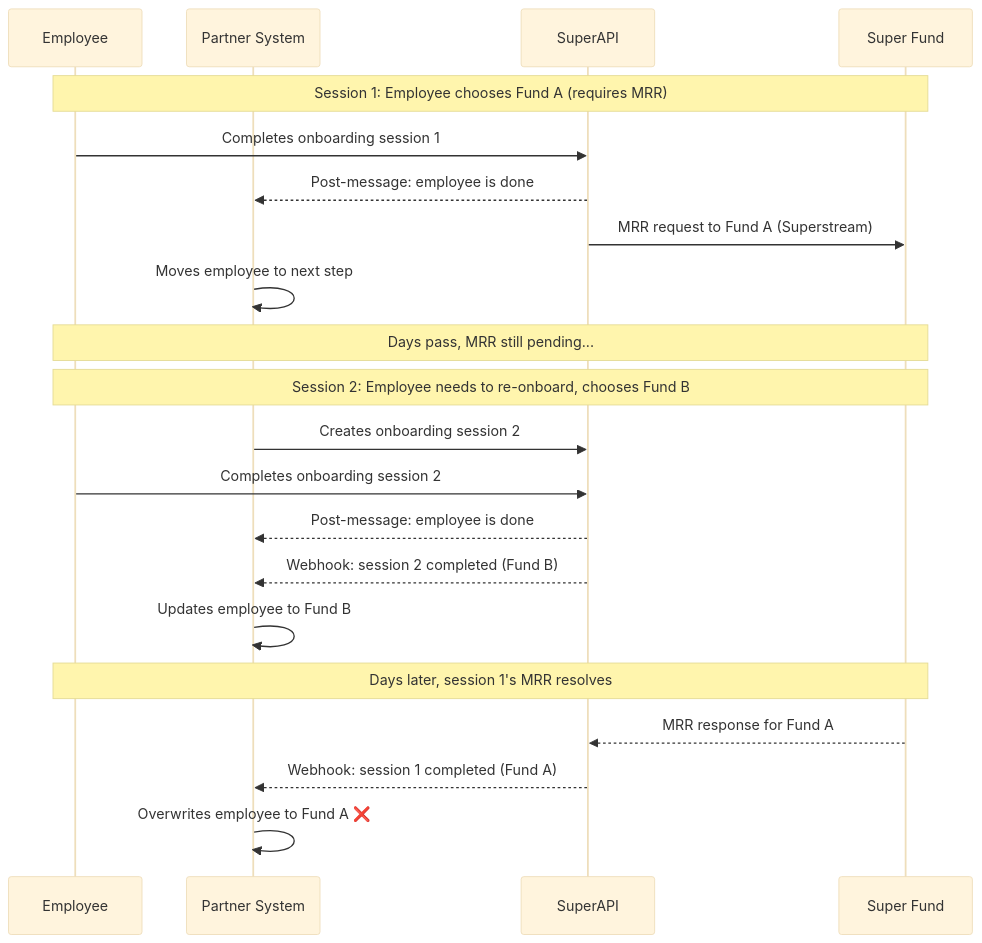
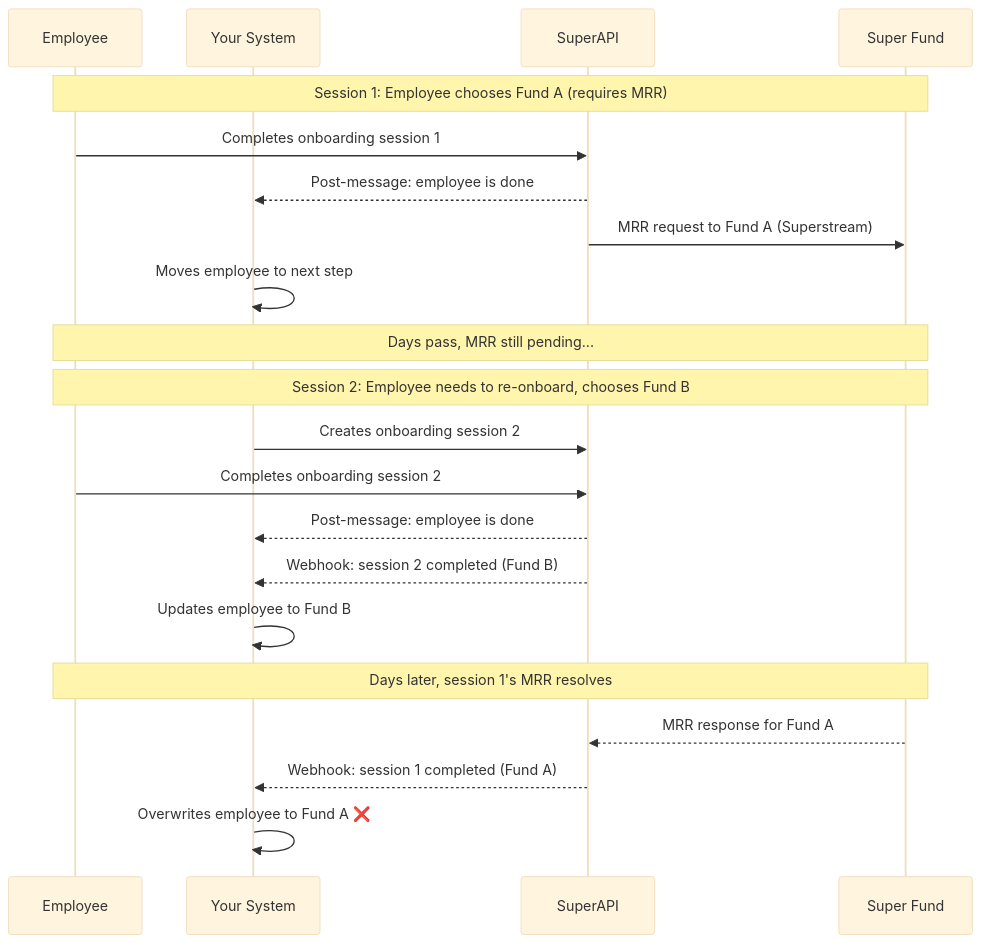
The diagram in website/docs/software_partners/common_gotchas/index.md (supersimplesuper/docs), drawn with Mermaid (base theme) before and after one commit. The commit also changed other lines of this file, not shown here.

````diff
--- a/website/docs/software_partners/common_gotchas/index.md
+++ b/website/docs/software_partners/common_gotchas/index.md
@@ -15,27 +15,27 @@
 ```mermaid
 sequenceDiagram
     participant E as Employee
-    participant P as Partner System
+    participant P as Your System
     participant S as SuperAPI
     participant F as Super Fund
 
     Note over E,F: Session 1: Employee chooses Fund A (requires MRR)
     E->>S: Completes onboarding session 1
     S-->>P: Post-message: employee is done
     S->>F: MRR request to Fund A (Superstream)
     P->>P: Moves employee to next step
 
     Note over E,F: Days pass, MRR still pending...
 
     Note over E,F: Session 2: Employee needs to re-onboard, chooses Fund B
     P->>S: Creates onboarding session 2
     E->>S: Completes onboarding session 2
     S-->>P: Post-message: employee is done
     S-->>P: Webhook: session 2 completed (Fund B)
     P->>P: Updates employee to Fund B
 
     Note over E,F: Days later, session 1's MRR resolves
     F-->>S: MRR response for Fund A
     S-->>P: Webhook: session 1 completed (Fund A)
     P->>P: Overwrites employee to Fund A ❌
 ```
````
